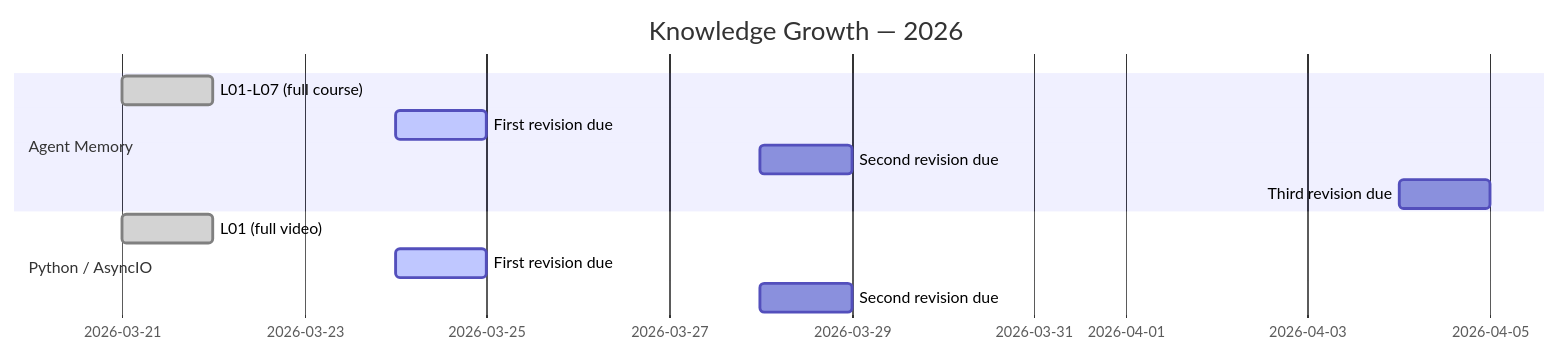
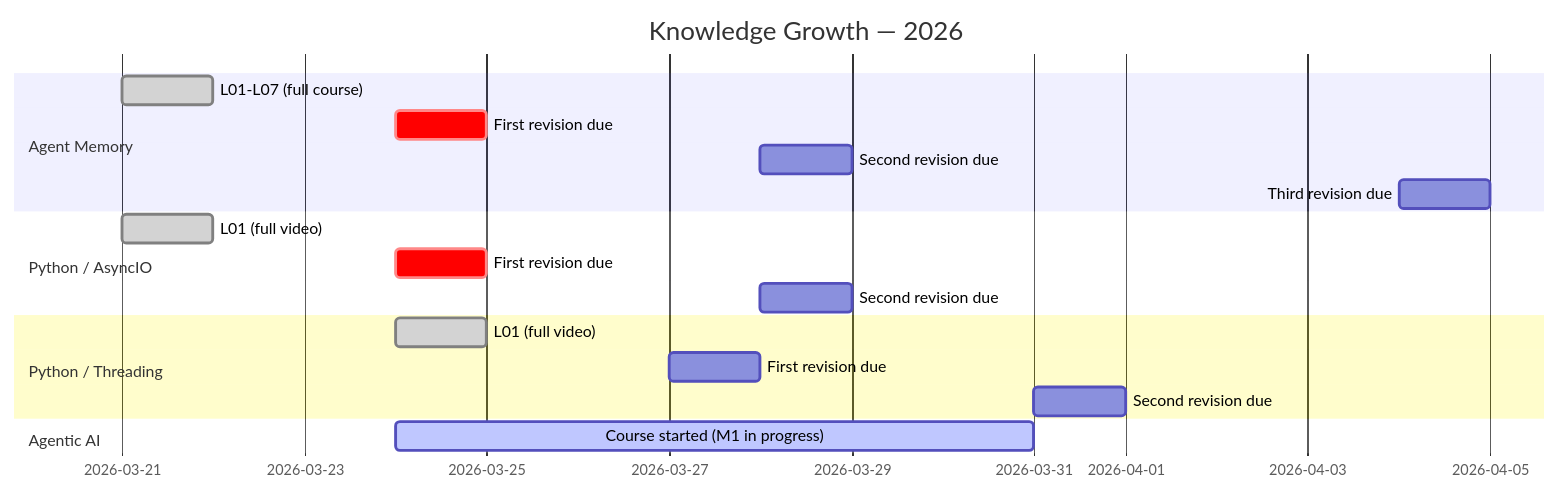
One commit to AyushSonuu/my-memory changed the diagram in _maps/learning-journey.md. Above: the diagram before and after it, drawn with Mermaid. The commit also changed other lines of this file and 86 other files, not shown here.

Commit message:
🗺️ tier 2 sync + docs rebuild: threading + agentic-ai added to maps, nav, timeline, due-today, root README

````diff
--- a/_maps/learning-journey.md
+++ b/_maps/learning-journey.md
@@ -5,16 +5,24 @@
 ```mermaid
 gantt
     title Knowledge Growth — 2026
     dateFormat YYYY-MM-DD
 
     section Agent Memory
     L01-L07 (full course)       :done, am, 2026-03-21, 1d
-    First revision due          :active, rev1, 2026-03-24, 1d
+    First revision due          :crit, rev1, 2026-03-24, 1d
     Second revision due         :rev2, 2026-03-28, 1d
     Third revision due          :rev3, 2026-04-04, 1d
 
     section Python / AsyncIO
     L01 (full video)            :done, aio, 2026-03-21, 1d
-    First revision due          :active, aiorev1, 2026-03-24, 1d
+    First revision due          :crit, aiorev1, 2026-03-24, 1d
     Second revision due         :aiorev2, 2026-03-28, 1d
+
+    section Python / Threading
+    L01 (full video)            :done, thr, 2026-03-24, 1d
+    First revision due          :thrrev1, 2026-03-27, 1d
+    Second revision due         :thrrev2, 2026-03-31, 1d
+
+    section Agentic AI
+    Course started (M1 in progress) :active, agai, 2026-03-24, 7d
 ```
````
